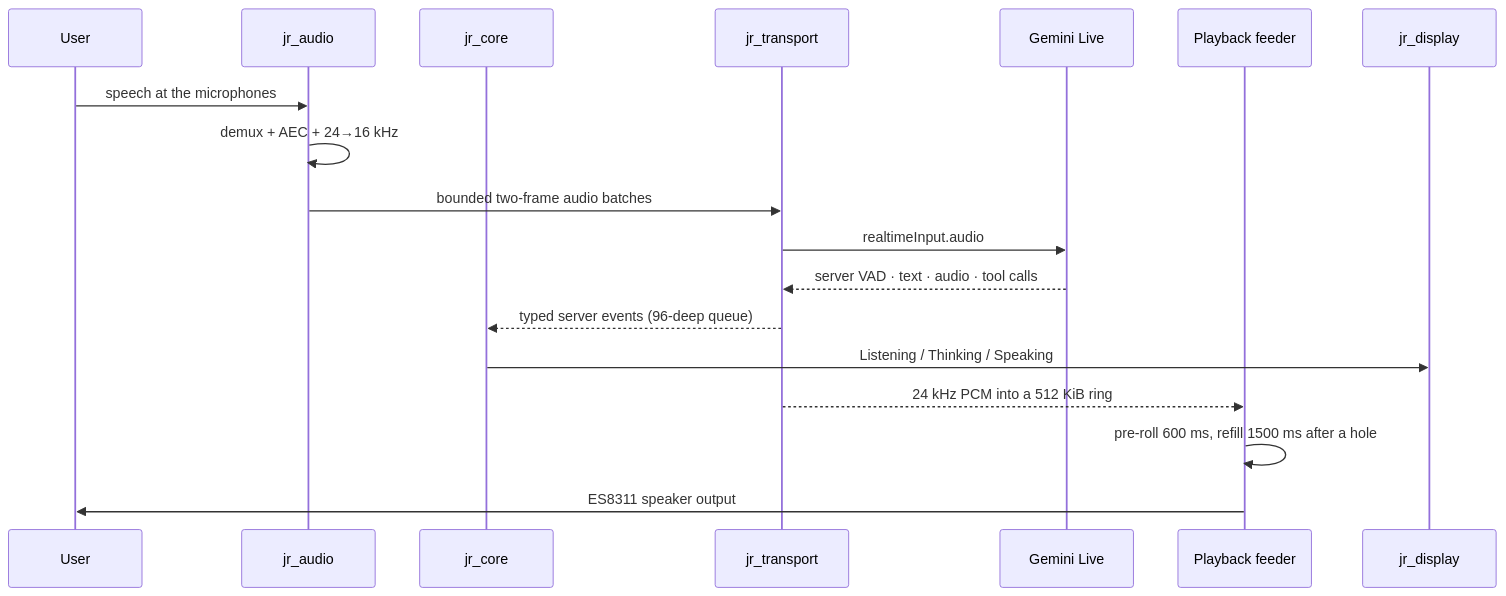
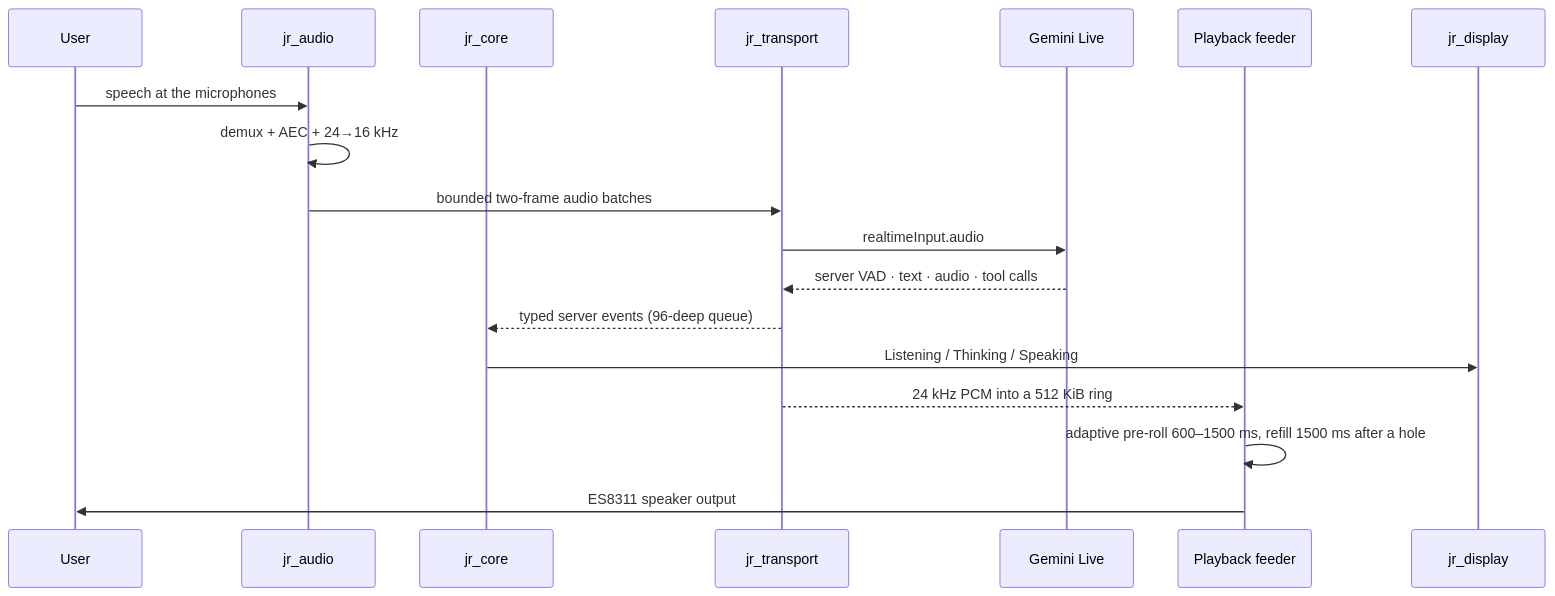
One commit to PascalAI2024/JarvisNano changed the second of 5 diagrams in docs/ARCHITECTURE.md. Above: the diagram before and after it, drawn with Mermaid. The commit also changed other lines of this file and 14 other files, not shown here.

First line of the commit message:
feat: CPU gears by mood, a four-times-faster ladder below 20 %, an adaptive pre-roll

````diff
--- a/docs/ARCHITECTURE.md
+++ b/docs/ARCHITECTURE.md
@@ -91,21 +91,21 @@
 ```mermaid
 sequenceDiagram
     participant U as User
     participant A as jr_audio
     participant C as jr_core
     participant T as jr_transport
     participant G as Gemini Live
     participant P as Playback feeder
     participant D as jr_display
 
     U->>A: speech at the microphones
     A->>A: demux + AEC + 24→16 kHz
     A->>T: bounded two-frame audio batches
     T->>G: realtimeInput.audio
     G-->>T: server VAD · text · audio · tool calls
     T-->>C: typed server events (96-deep queue)
     C->>D: Listening / Thinking / Speaking
     T-->>P: 24 kHz PCM into a 512 KiB ring
-    P->>P: pre-roll 600 ms, refill 1500 ms after a hole
+    P->>P: adaptive pre-roll 600–1500 ms, refill 1500 ms after a hole
     P->>U: ES8311 speaker output
 ```
````
